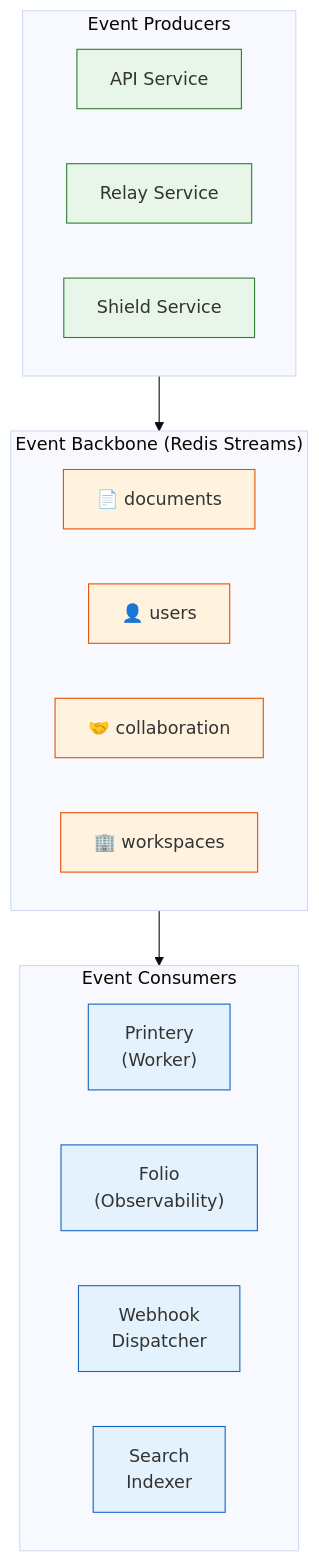
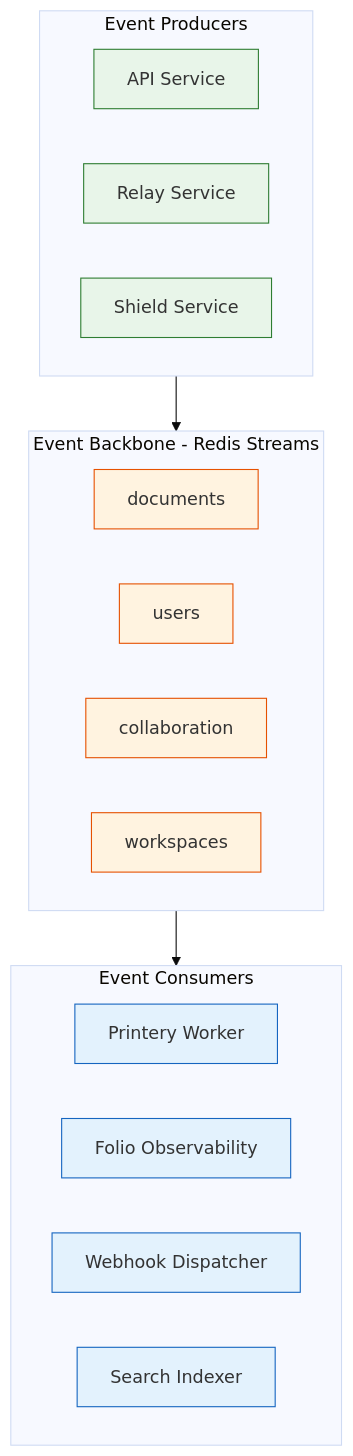
One commit to materi-ai/atlas changed the fourth of 5 diagrams in index.mdx. Above: the diagram before and after it, drawn with Mermaid (base theme). The commit also changed other lines of this file, not shown here.

````diff
--- a/index.mdx
+++ b/index.mdx
@@ -278,34 +272,34 @@
 ```mermaid
 flowchart TB
     subgraph Producers["Event Producers"]
         API["API Service"]
         RELAY["Relay Service"]
         SHIELD["Shield Service"]
     end
 
-    subgraph EventBus["Event Backbone (Redis Streams)"]
+    subgraph EventBus["Event Backbone - Redis Streams"]
         direction LR
-        DOC_STREAM["📄 documents"]
-        USER_STREAM["👤 users"]
-        COLLAB_STREAM["🤝 collaboration"]
-        WS_STREAM["🏢 workspaces"]
+        DOC_STREAM["documents"]
+        USER_STREAM["users"]
+        COLLAB_STREAM["collaboration"]
+        WS_STREAM["workspaces"]
     end
 
     subgraph Consumers["Event Consumers"]
-        PRINTERY["Printery<br/>(Worker)"]
-        FOLIO["Folio<br/>(Observability)"]
-        WEBHOOKS["Webhook<br/>Dispatcher"]
-        SEARCH["Search<br/>Indexer"]
+        PRINTERY["Printery Worker"]
+        FOLIO["Folio Observability"]
+        WEBHOOKS["Webhook Dispatcher"]
+        SEARCH["Search Indexer"]
     end
 
     Producers --> EventBus
     EventBus --> Consumers
 
     classDef producer fill:#e8f5e9,stroke:#2e7d32
     classDef stream fill:#fff3e0,stroke:#e65100
     classDef consumer fill:#e3f2fd,stroke:#1565c0
 
     class API,RELAY,SHIELD producer
     class DOC_STREAM,USER_STREAM,COLLAB_STREAM,WS_STREAM stream
     class PRINTERY,FOLIO,WEBHOOKS,SEARCH consumer
 ```
````
